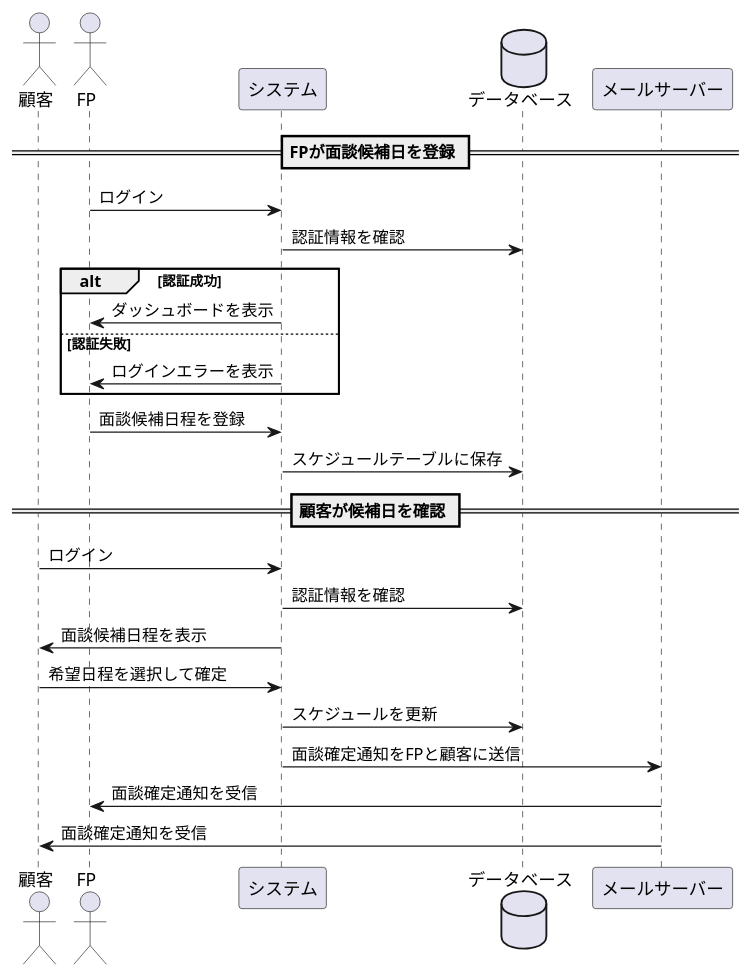
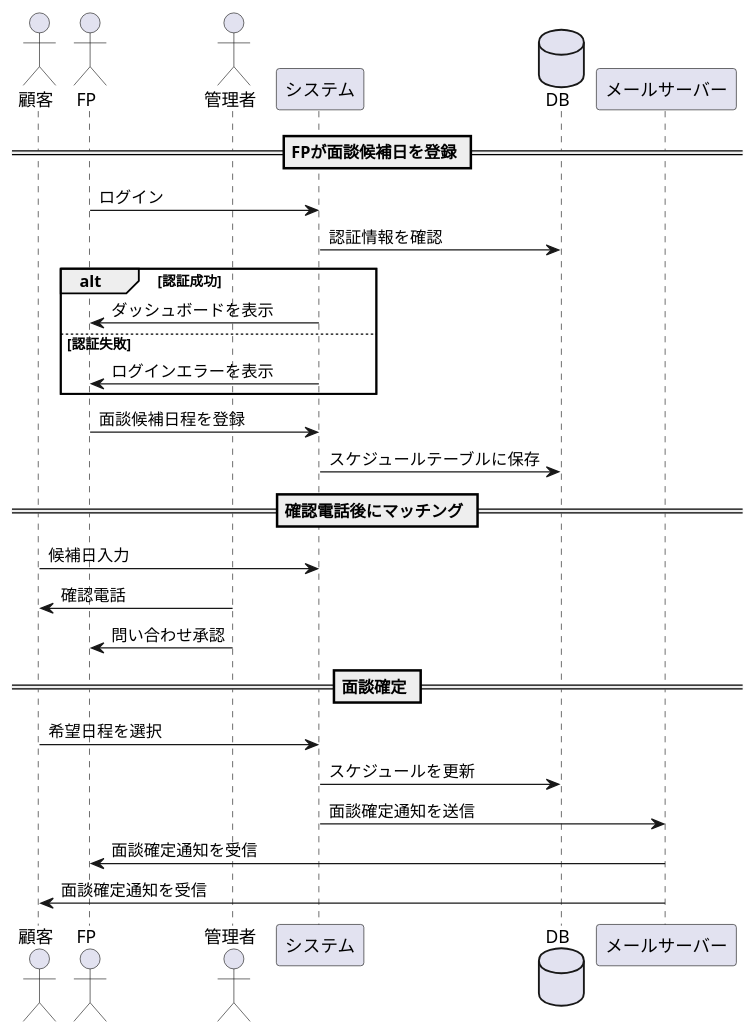
Before and after one commit to deeptell-inc/defo: the diagram in docs/sequences/Schedule.md, drawn with PlantUML. The commit also changed 3 other files, not shown here.

Commit message:
update sequences

````diff
--- a/docs/sequences/Schedule.md
+++ b/docs/sequences/Schedule.md
@@ -3,31 +3,34 @@
 ```plantuml
 @startuml
-actor 顧客 as Customer
-actor FP as FP
-participant システム as System
-database データベース as Database
-participant メールサーバー as MailServer
+actor "顧客" as Customer
+actor "FP" as FP
+actor "管理者" as Admin
+participant "システム" as System
+database "DB" as Database
+participant "メールサーバー" as MailServer
 
 == FPが面談候補日を登録 ==
 FP -> System: ログイン
 System -> Database: 認証情報を確認
 alt 認証成功
     System -> FP: ダッシュボードを表示
 else 認証失敗
     System -> FP: ログインエラーを表示
 end
 
 FP -> System: 面談候補日程を登録
 System -> Database: スケジュールテーブルに保存
 
-== 顧客が候補日を確認 ==
-Customer -> System: ログイン
-System -> Database: 認証情報を確認
-System -> Customer: 面談候補日程を表示
-Customer -> System: 希望日程を選択して確定
+== 確認電話後にマッチング ==
+Customer -> System: 候補日入力
+Admin -> Customer: 確認電話
+Admin -> FP: 問い合わせ承認
+
+== 面談確定 ==
+Customer -> System: 希望日程を選択
 System -> Database: スケジュールを更新
-System -> MailServer: 面談確定通知をFPと顧客に送信
+System -> MailServer: 面談確定通知を送信
 MailServer -> FP: 面談確定通知を受信
 MailServer -> Customer: 面談確定通知を受信
 @enduml
 ```
````
